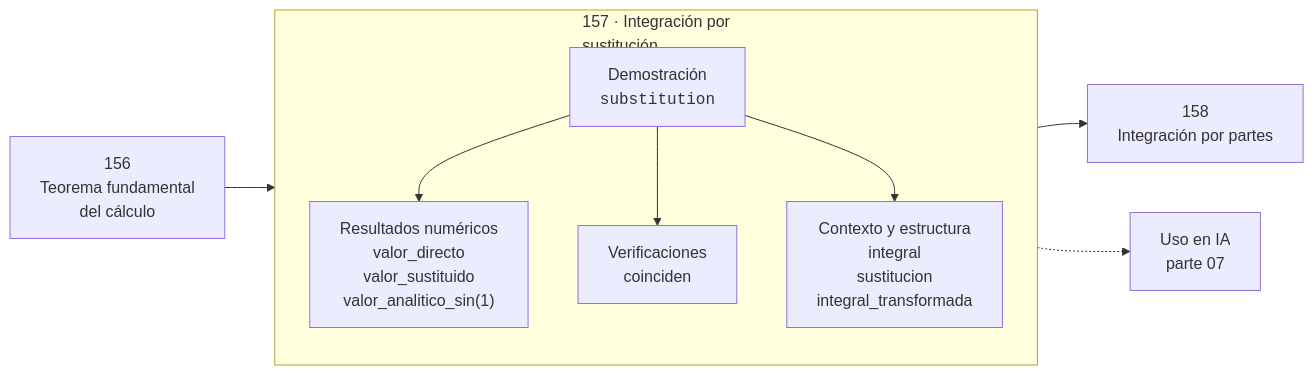
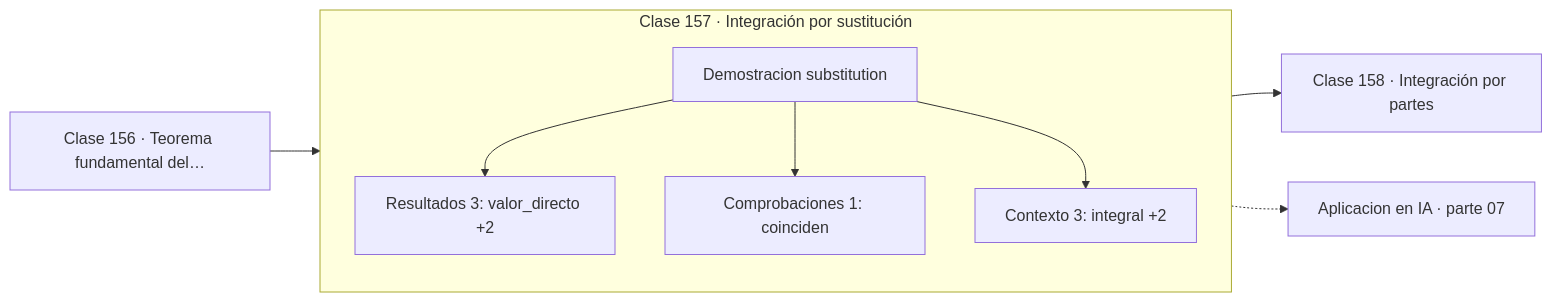
The diagram in classes/part-07-calculo-diferencial-e-integral/157-integracion-por-sustitucion/README.md (vladimiracunadev-create/computational-mathematics-program), drawn with Mermaid before and after one commit. The commit also changed 389 other files, not shown here.

First line of the commit message:
fix(diagramas): elimina el HTML de las etiquetas Mermaid

````diff
--- a/classes/part-07-calculo-diferencial-e-integral/157-integracion-por-sustitucion/README.md
+++ b/classes/part-07-calculo-diferencial-e-integral/157-integracion-por-sustitucion/README.md
@@ -30,12 +30,13 @@
 ```mermaid
 flowchart LR
-    P["156<br/>Teorema fundamental<br/>del cálculo"] --> C
-    subgraph C["157 · Integración por<br/>sustitución"]
+    P["Clase 156 · Teorema fundamental del…"] --> D
+    subgraph CLASE["Clase 157 · Integración por sustitución"]
         direction TB
-        D["Demostración<br/><code>substitution</code>"] --> R["Resultados numéricos<br/>valor_directo<br/>valor_sustituido<br/>valor_analitico_sin(1)"]
-        D --> V["Verificaciones<br/>coinciden"]
-        D --> O["Contexto y estructura<br/>integral<br/>sustitucion<br/>integral_transformada"]
+        D["Demostracion substitution"]
+        D --> R["Resultados 3: valor_directo +2"]
+        D --> V["Comprobaciones 1: coinciden"]
+        D --> O["Contexto 3: integral +2"]
     end
-    C --> N["158<br/>Integración por partes"]
-    C -.-> IA["Uso en IA<br/>parte 07"]
+    R --> N["Clase 158 · Integración por partes"]
+    V -.-> IA["Aplicacion en IA · parte 07"]
 ```
````
